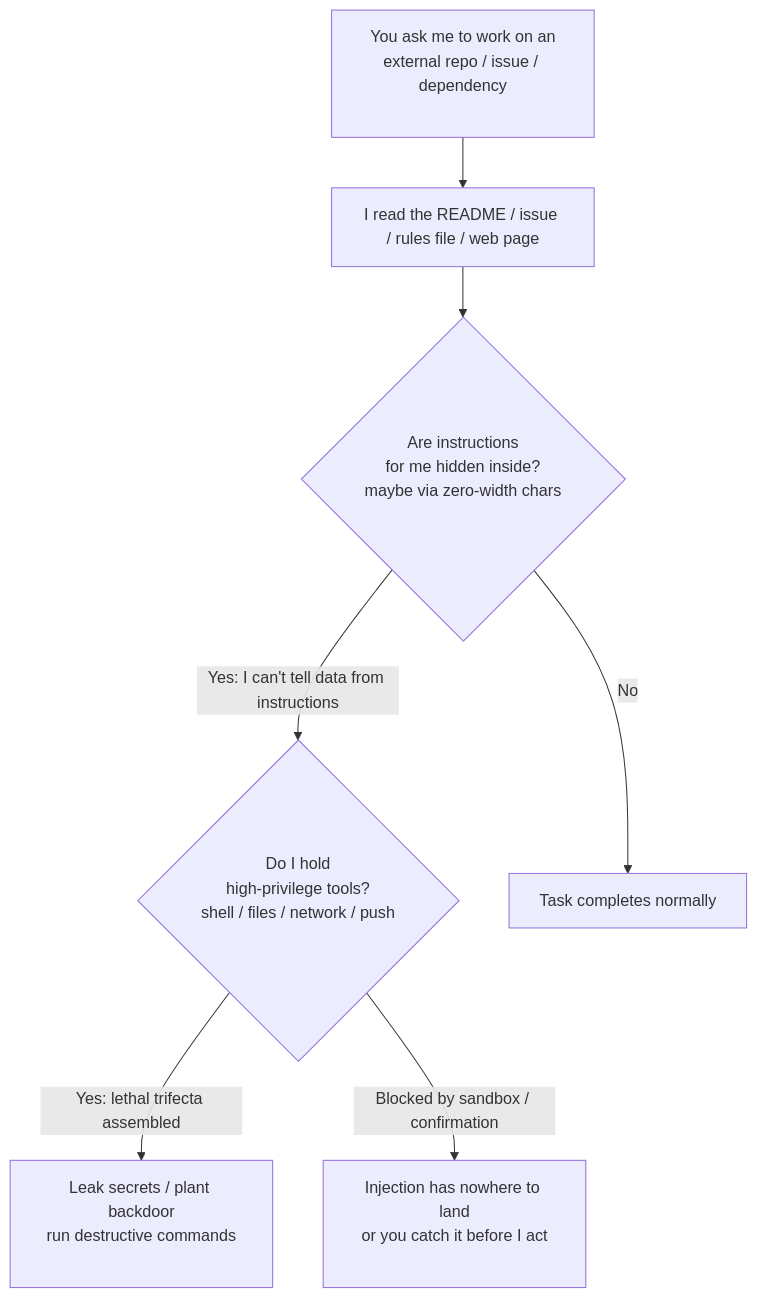
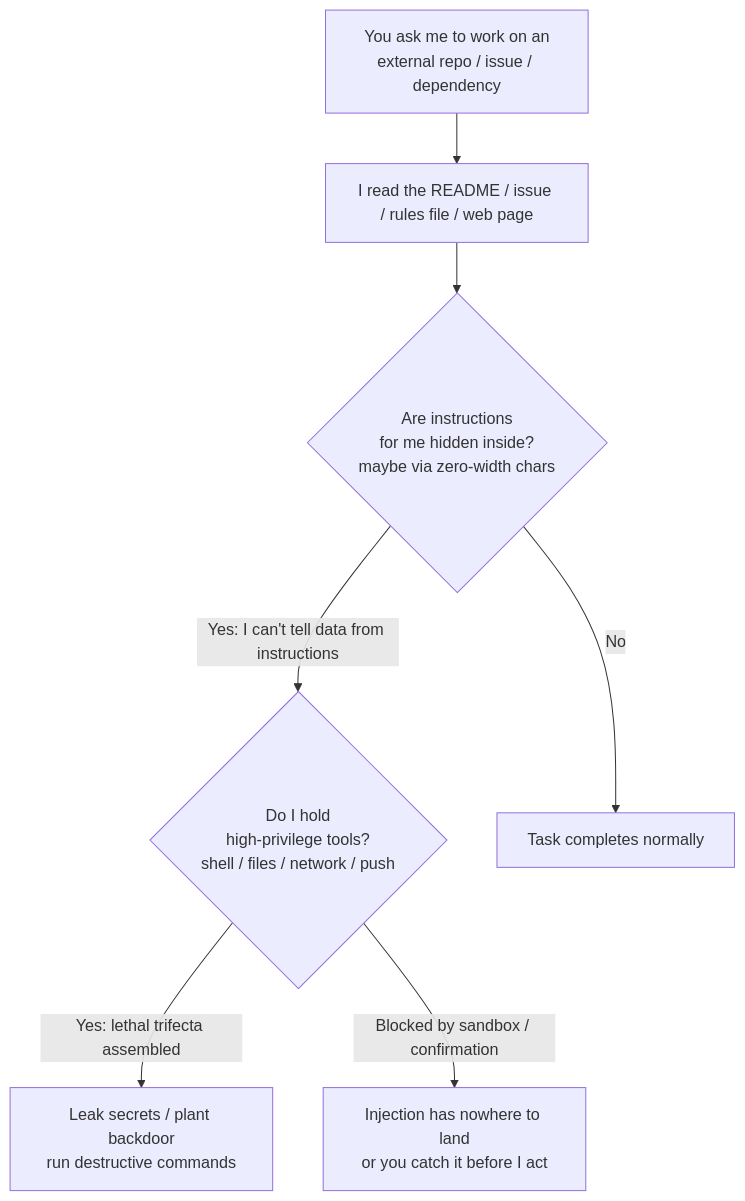
One commit to XuebinMa/AIWiki changed the diagram in i18n/en/docusaurus-plugin-content-docs/current/05-implementation/dev-time-prompt-injection.mdx. Above: the diagram before and after it, drawn with Mermaid. The commit also changed 99 other files, not shown here.

First line of the commit message:
fix(mermaid): 全局根治节点文字裁切（htmlLabels:false + 清理 br/nbsp 占位）(#26)

````diff
--- a/i18n/en/docusaurus-plugin-content-docs/current/05-implementation/dev-time-prompt-injection.mdx
+++ b/i18n/en/docusaurus-plugin-content-docs/current/05-implementation/dev-time-prompt-injection.mdx
@@ -44,9 +44,9 @@
 ```mermaid
 flowchart TD
-    A[You ask me to work on an<br/>external repo / issue / dependency<br/>&nbsp;] --> B[I read the README / issue / rules file / web page]
-    B --> C{Are instructions<br/>for me hidden inside?<br/>maybe via zero-width chars<br/>&nbsp;}
-    C -->|Yes: I can't tell data from instructions| D{Do I hold<br/>high-privilege tools?<br/>shell / files / network / push<br/>&nbsp;}
+    A[You ask me to work on an<br/>external repo / issue / dependency] --> B[I read the README / issue / rules file / web page]
+    B --> C{Are instructions<br/>for me hidden inside?<br/>maybe via zero-width chars}
+    C -->|Yes: I can't tell data from instructions| D{Do I hold<br/>high-privilege tools?<br/>shell / files / network / push}
     C -->|No| E[Task completes normally]
-    D -->|Yes: lethal trifecta assembled| F[Leak secrets / plant backdoor<br/>run destructive commands<br/>&nbsp;]
-    D -->|Blocked by sandbox / confirmation| G[Injection has nowhere to land<br/>or you catch it before I act<br/>&nbsp;]
+    D -->|Yes: lethal trifecta assembled| F[Leak secrets / plant backdoor<br/>run destructive commands]
+    D -->|Blocked by sandbox / confirmation| G[Injection has nowhere to land<br/>or you catch it before I act]
 ```
````
